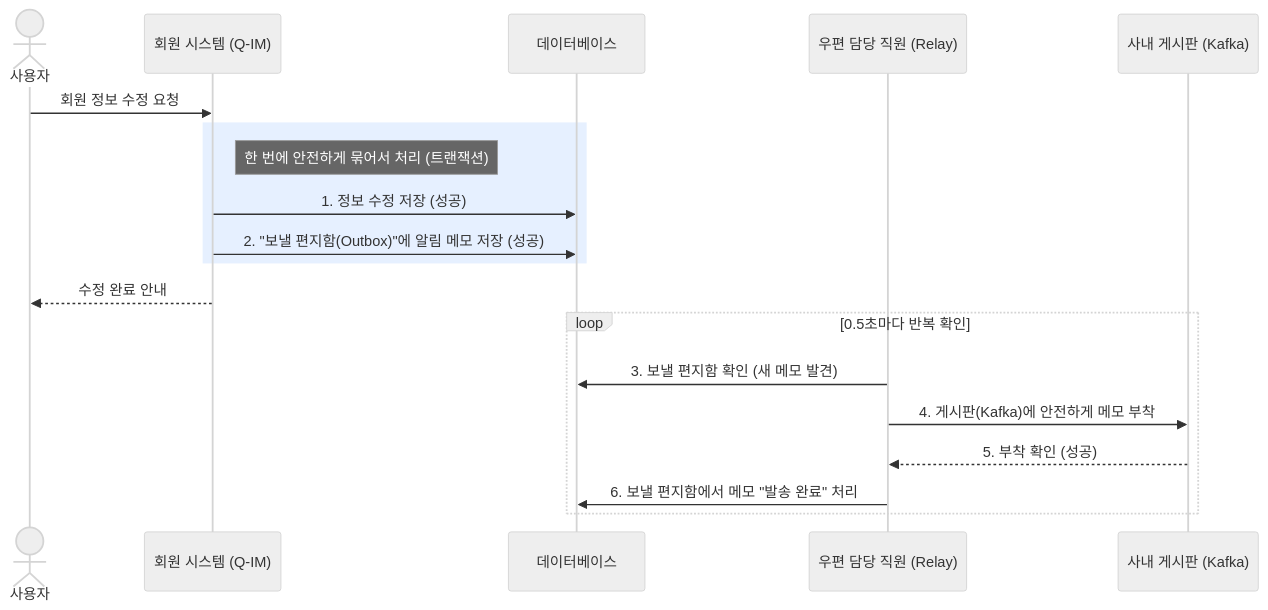
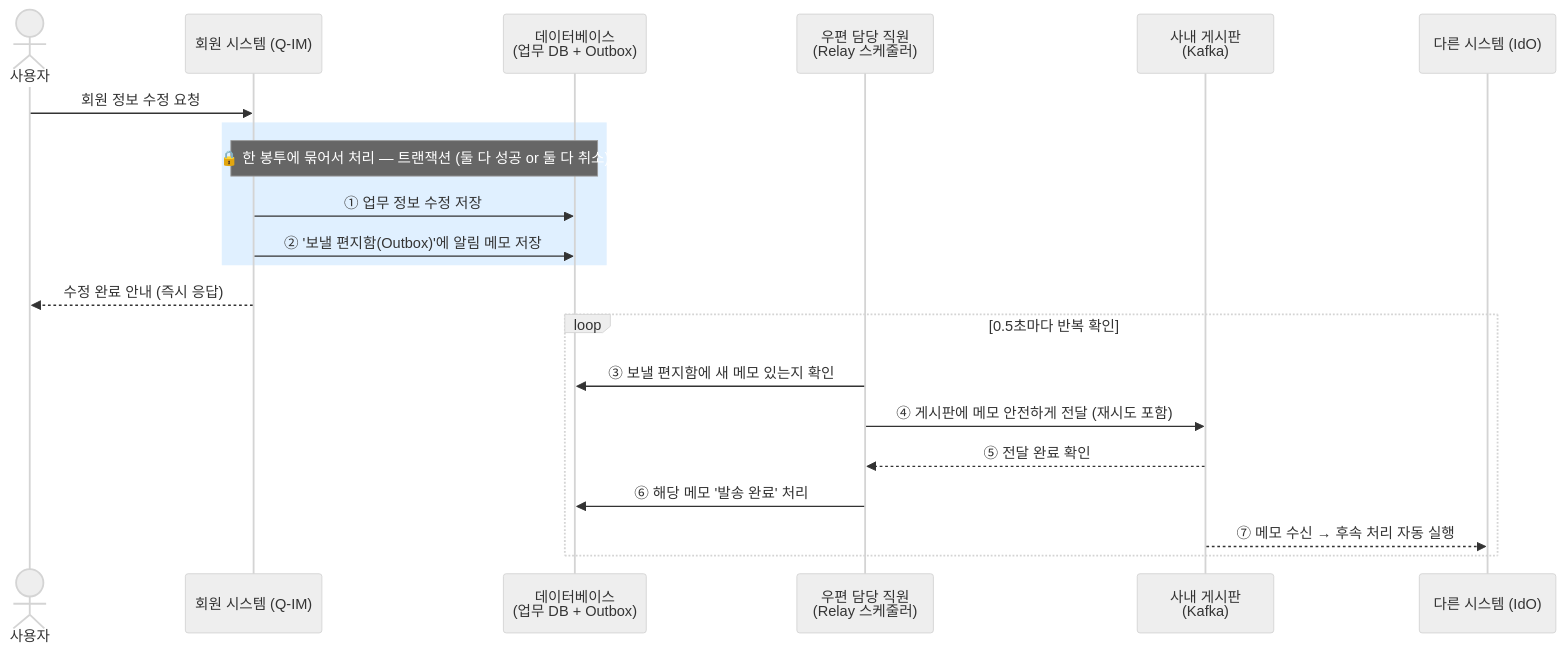
One commit to HipsterMIN/integration-sso changed the second of 10 diagrams in docs/kafka_easy_guide_for_managers.md. Above: the diagram before and after it, drawn with Mermaid (neutral theme). The commit also changed other lines of this file and 1 other file, not shown here.

````diff
--- a/docs/kafka_easy_guide_for_managers.md
+++ b/docs/kafka_easy_guide_for_managers.md
@@ -46,25 +47,27 @@
 ```mermaid
 sequenceDiagram
     actor 사용자
     participant SYS as 회원 시스템 (Q-IM)
-    participant DB as 데이터베이스
-    participant RELAY as 우편 담당 직원 (Relay)
-    participant KAFKA as 사내 게시판 (Kafka)
+    participant DB as 데이터베이스<br/>(업무 DB + Outbox)
+    participant RELAY as 우편 담당 직원<br/>(Relay 스케줄러)
+    participant KAFKA as 사내 게시판<br/>(Kafka)
+    participant IDO as 다른 시스템 (IdO)
 
     사용자->>SYS: 회원 정보 수정 요청
-    
-    rect rgb(230, 240, 255)
-    note right of SYS: 한 번에 안전하게 묶어서 처리 (트랜잭션)
-    SYS->>DB: 1. 정보 수정 저장 (성공)
-    SYS->>DB: 2. "보낼 편지함(Outbox)"에 알림 메모 저장 (성공)
+
+    rect rgb(224, 240, 255)
+        note over SYS,DB: 🔒 한 봉투에 묶어서 처리 — 트랜잭션 (둘 다 성공 or 둘 다 취소)
+        SYS->>DB: ① 업무 정보 수정 저장
+        SYS->>DB: ② '보낼 편지함(Outbox)'에 알림 메모 저장
     end
-    
-    SYS-->>사용자: 수정 완료 안내
-    
+
+    SYS-->>사용자: 수정 완료 안내 (즉시 응답)
+
     loop 0.5초마다 반복 확인
-        RELAY->>DB: 3. 보낼 편지함 확인 (새 메모 발견)
-        RELAY->>KAFKA: 4. 게시판(Kafka)에 안전하게 메모 부착
-        KAFKA-->>RELAY: 5. 부착 확인 (성공)
-        RELAY->>DB: 6. 보낼 편지함에서 메모 "발송 완료" 처리
+        RELAY->>DB: ③ 보낼 편지함에 새 메모 있는지 확인
+        RELAY->>KAFKA: ④ 게시판에 메모 안전하게 전달 (재시도 포함)
+        KAFKA-->>RELAY: ⑤ 전달 완료 확인
+        RELAY->>DB: ⑥ 해당 메모 '발송 완료' 처리
+        KAFKA-->>IDO: ⑦ 메모 수신 → 후속 처리 자동 실행
     end
 ```
````
